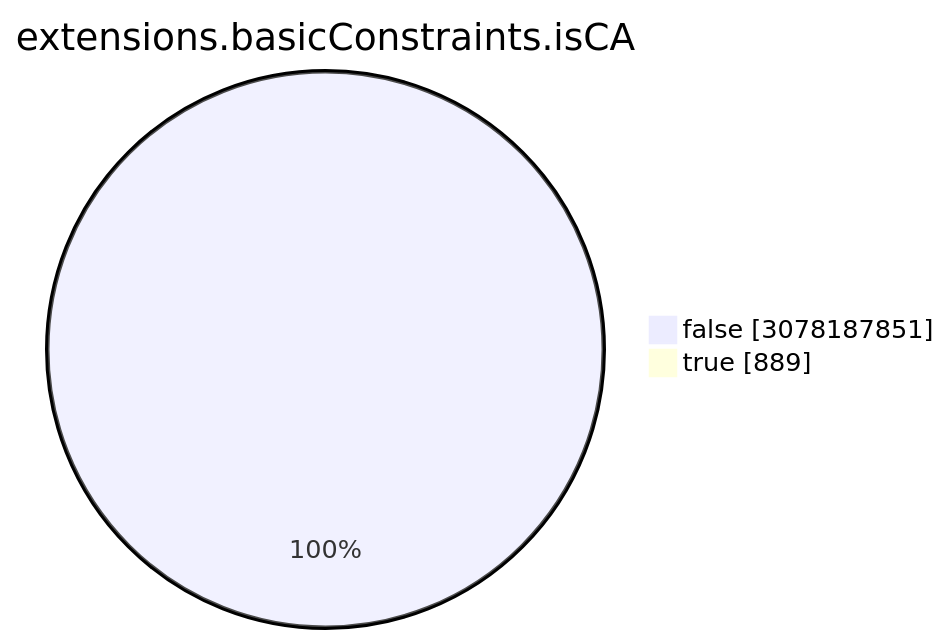
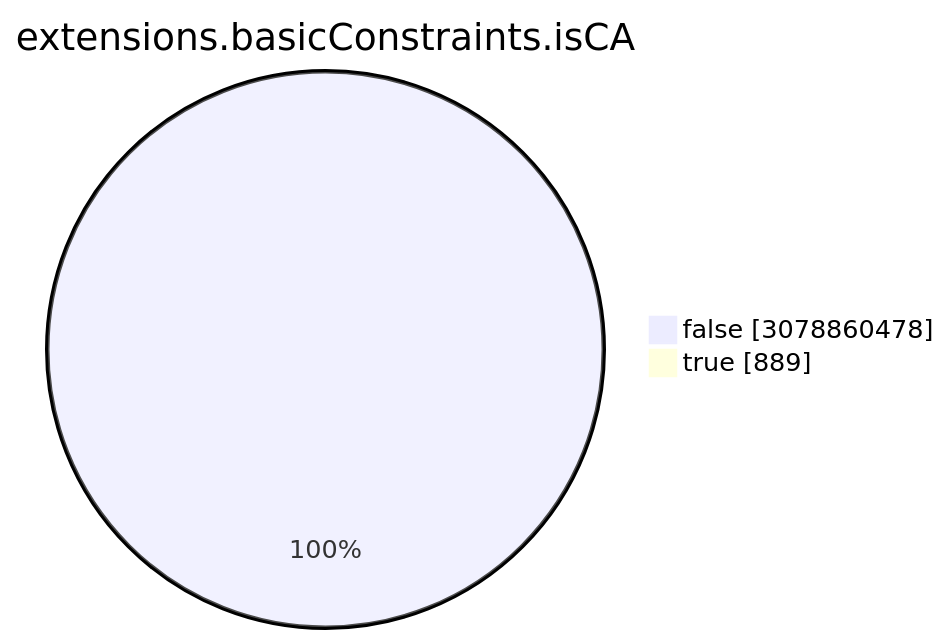
The seventh of 15 diagrams in TOTAL/README.md (christiankrug/ctmonitor_visualization), drawn with Mermaid before and after one commit. The commit also changed other lines of this file, not shown here.

````diff
--- a/TOTAL/README.md
+++ b/TOTAL/README.md
@@ -3088,6 +3088,6 @@
 ```mermaid
 pie showData
 title extensions.basicConstraints.isCA
-"false" :3078187851
+"false" :3078860478
 "true" :889
 ```
````
